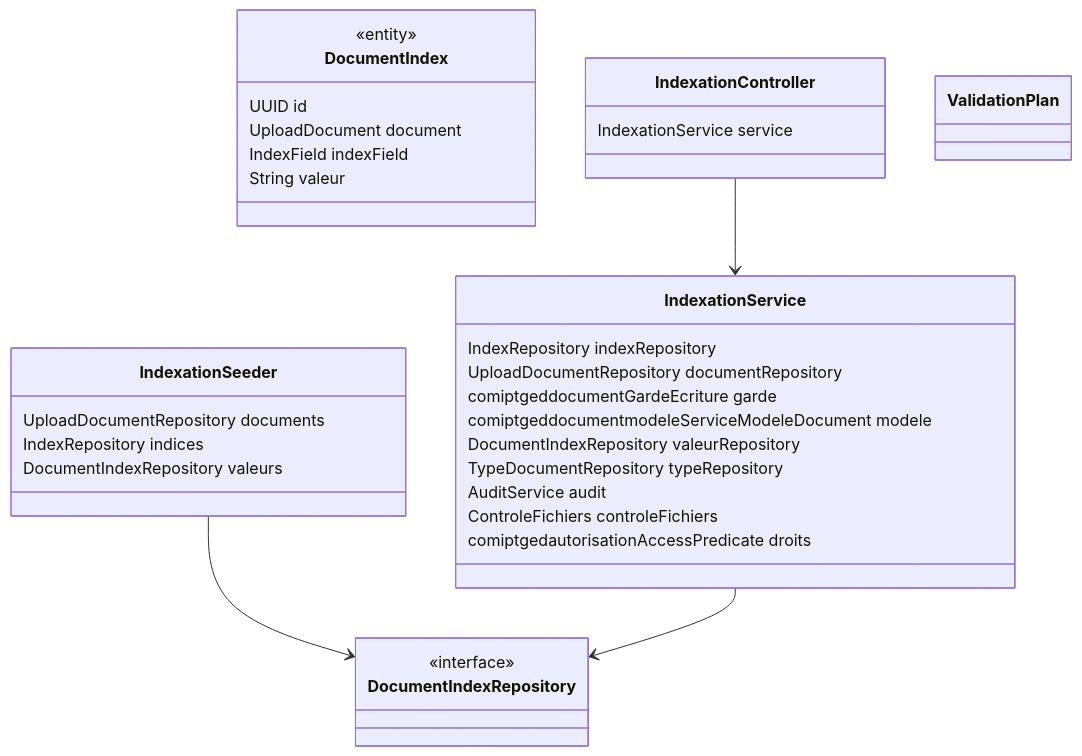
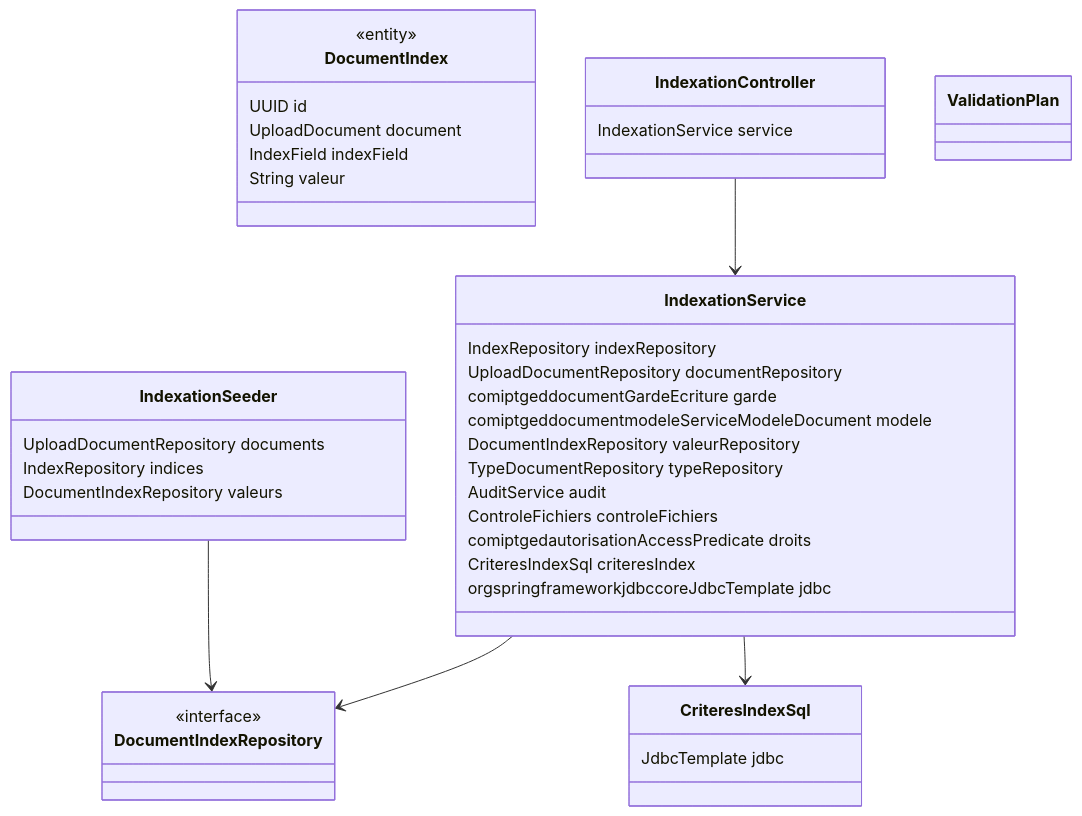
Diagram 11 of 23 in docs/modelisation/CLASSES.md (abddou2000/GED), drawn with Mermaid before and after one commit. The commit also changed other lines of this file and 4 other files, not shown here.

````diff
--- a/docs/modelisation/CLASSES.md
+++ b/docs/modelisation/CLASSES.md
@@ -1484,37 +1553,43 @@
 ```mermaid
 classDiagram
+  class CriteresIndexSql {
+    JdbcTemplate jdbc
+  }
   class DocumentIndex {
     <<entity>>
     UUID id
     UploadDocument document
     IndexField indexField
     String valeur
   }
   class DocumentIndexRepository {
     <<interface>>
   }
   class IndexationController {
     IndexationService service
   }
   class IndexationSeeder {
     UploadDocumentRepository documents
     IndexRepository indices
     DocumentIndexRepository valeurs
   }
   class IndexationService {
     IndexRepository indexRepository
     UploadDocumentRepository documentRepository
     comiptgeddocumentGardeEcriture garde
     comiptgeddocumentmodeleServiceModeleDocument modele
     DocumentIndexRepository valeurRepository
     TypeDocumentRepository typeRepository
     AuditService audit
     ControleFichiers controleFichiers
     comiptgedautorisationAccessPredicate droits
+    CriteresIndexSql criteresIndex
+    orgspringframeworkjdbccoreJdbcTemplate jdbc
   }
   class ValidationPlan {
   }
   IndexationController --> IndexationService
   IndexationSeeder --> DocumentIndexRepository
   IndexationService --> DocumentIndexRepository
+  IndexationService --> CriteresIndexSql
 ```
````
